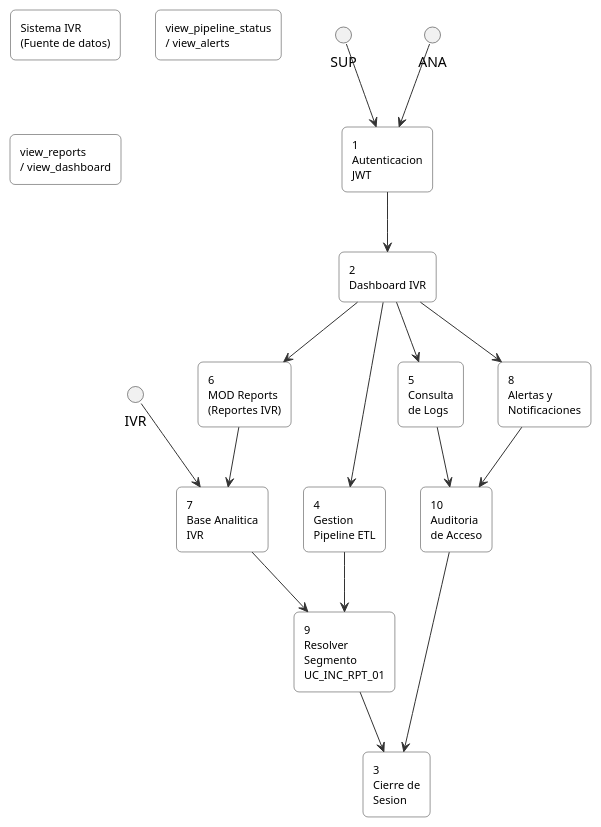
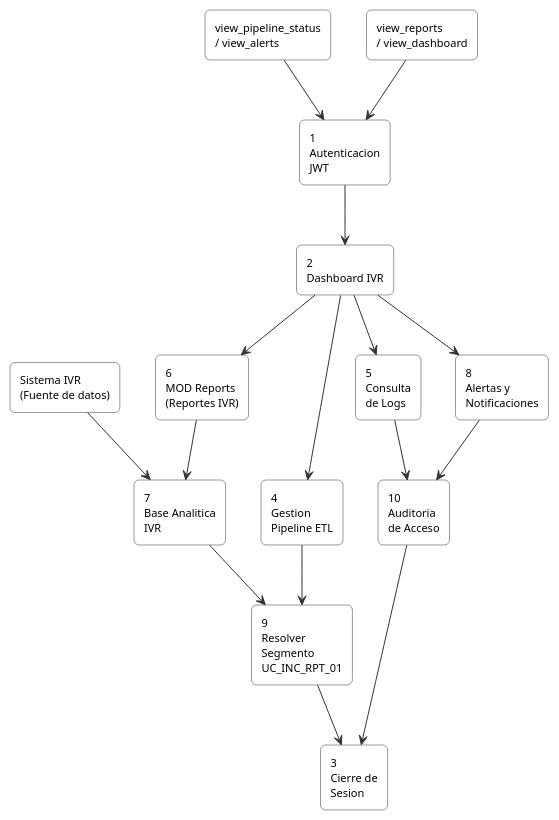
Before and after one commit to jcg-admin/IACT-docs: the diagram in source/arquitectura-tecnica/arquitectura-sistema/arquitectura-general.rst, drawn with PlantUML. The commit also changed 6 other files, not shown here.

First line of the commit message:
Add Context viewpoint (WP-1 uml-coverage-context-view)

```diff
--- a/source/arquitectura-tecnica/arquitectura-sistema/arquitectura-general.rst
+++ b/source/arquitectura-tecnica/arquitectura-sistema/arquitectura-general.rst
@@ -32,45 +32,45 @@
 .. uml::
  :caption: Figura 1 — Arquitectura general del Sistema IACT
 
  @startuml
  skinparam rectangle {
    RoundCorner 10
    BackgroundColor white
    BorderColor #333333
    FontSize 11
  }
  skinparam arrowColor #333333
 
  rectangle "Sistema IVR\n(Fuente de datos)" as SistemaIVR
  rectangle "view_pipeline_status\n/ view_alerts" as SupervisorSistema
  rectangle "view_reports\n/ view_dashboard" as AnalistaReportes
 
  rectangle "1\nAutenticacion\nJWT" as P1
  rectangle "2\nDashboard IVR" as P2
  rectangle "3\nCierre de\nSesion" as P3
  rectangle "4\nGestion\nPipeline ETL" as P4
  rectangle "5\nConsulta\nde Logs" as P5
  rectangle "6\nMOD Reports\n(Reportes IVR)" as P6
  rectangle "7\nBase Analitica\nIVR" as P7
  rectangle "8\nAlertas y\nNotificaciones" as P8
  rectangle "9\nResolver\nSegmento\nUC_INC_RPT_01" as P9
  rectangle "10\nAuditoria\nde Acceso" as P10
 
- SUP --> P1
- ANA --> P1
- IVR --> P7
+ SupervisorSistema --> P1
+ AnalistaReportes --> P1
+ SistemaIVR --> P7
 
  P1 --> P2
  P2 --> P4
  P2 --> P5
  P2 --> P6
  P2 --> P8
  P6 --> P7
  P4 --> P9
  P7 --> P9
  P5 --> P10
  P8 --> P10
  P9 --> P3
  P10 --> P3
 
  @enduml
```
